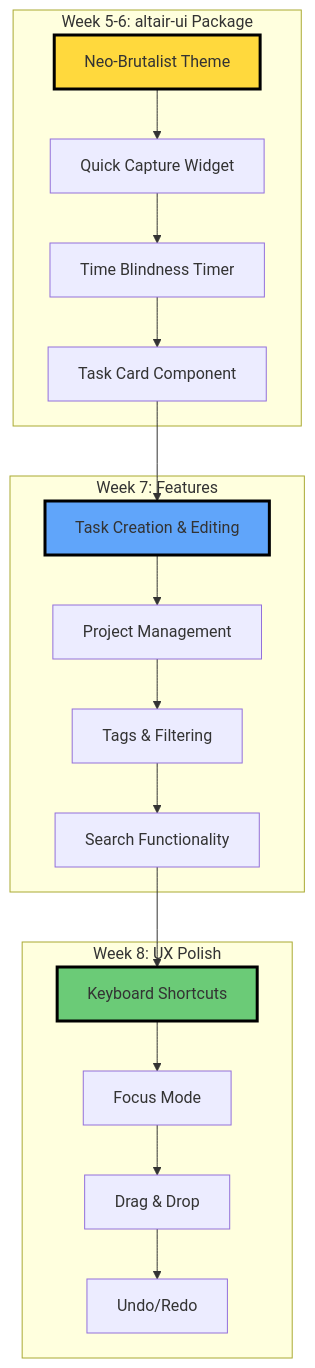
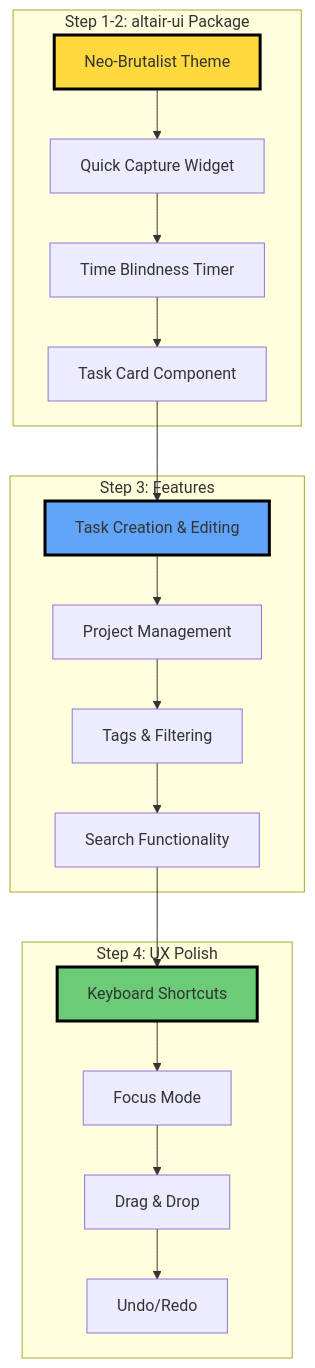
The third of 6 diagrams in docs/DEVELOPMENT-ROADMAP.md (getaltair/altair), drawn with Mermaid before and after one commit. The commit also changed other lines of this file and 56 other files, not shown here.

````diff
--- a/docs/DEVELOPMENT-ROADMAP.md
+++ b/docs/DEVELOPMENT-ROADMAP.md
@@ -124,33 +129,33 @@
 ```mermaid
 graph TB
-    subgraph "Week 5-6: altair-ui Package"
+    subgraph "Step 1-2: altair-ui Package"
         A1[Neo-Brutalist Theme]
         A2[Quick Capture Widget]
         A3[Time Blindness Timer]
         A4[Task Card Component]
     end
 
-    subgraph "Week 7: Features"
+    subgraph "Step 3: Features"
         B1[Task Creation & Editing]
         B2[Project Management]
         B3[Tags & Filtering]
         B4[Search Functionality]
     end
 
-    subgraph "Week 8: UX Polish"
+    subgraph "Step 4: UX Polish"
         C1[Keyboard Shortcuts]
         C2[Focus Mode]
         C3[Drag & Drop]
         C4[Undo/Redo]
     end
 
     A1 --> A2 --> A3 --> A4
     A4 --> B1
     B1 --> B2 --> B3 --> B4
     B4 --> C1
     C1 --> C2 --> C3 --> C4
 
     style A1 fill:#FFD93D,stroke:#000,stroke-width:3px
     style B1 fill:#60A5FA,stroke:#000,stroke-width:3px
     style C1 fill:#6BCB77,stroke:#000,stroke-width:3px
 ```
````
